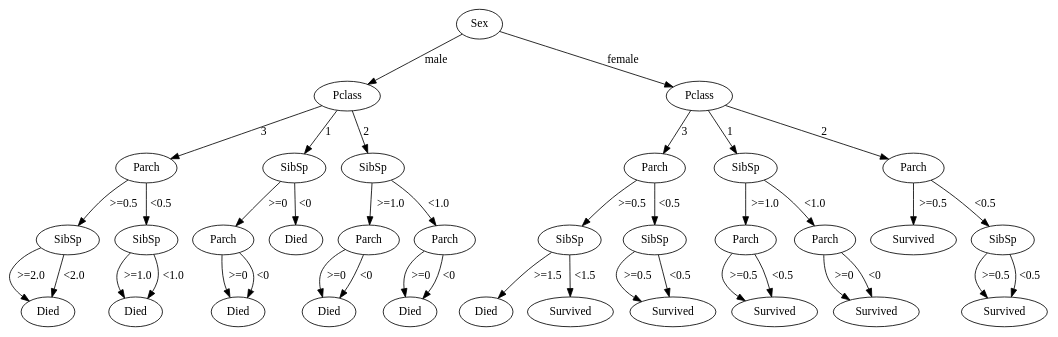
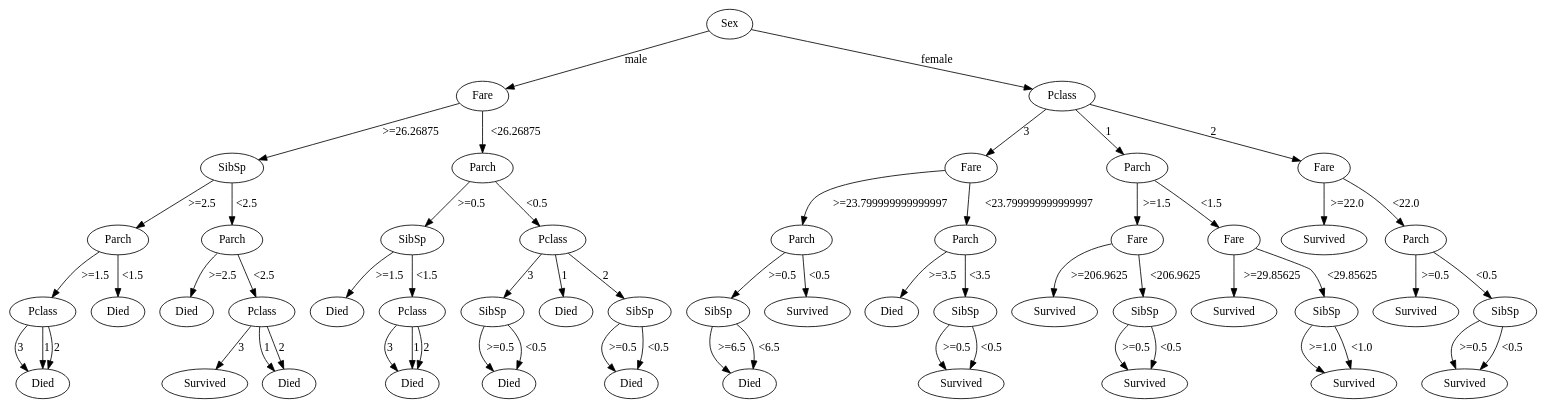
The diagram in test5.gv (Jorgro/TDT4171-Methods-in-AI), drawn with Graphviz before and after one commit. The commit also changed 5 other files, not shown here.

```diff
--- a/test5.gv
+++ b/test5.gv
@@ -1,123 +1,180 @@
 // Network
 digraph {
 	Sex0 [label=Sex]
+	Fare0 [label=Fare]
+	Sex0 -> Fare0 [label=male]
+	Fare0 [label=Fare]
+	SibSp0 [label=SibSp]
+	Fare0 -> SibSp0 [label=">=26.26875"]
+	SibSp0 [label=SibSp]
+	Parch0 [label=Parch]
+	SibSp0 -> Parch0 [label=">=2.5"]
+	Parch0 [label=Parch]
 	Pclass0 [label=Pclass]
-	Sex0 -> Pclass0 [label=male]
+	Parch0 -> Pclass0 [label=">=1.5"]
 	Pclass0 [label=Pclass]
+	04 [label=Died]
+	Pclass0 -> 04 [label=3]
+	Pclass0 [label=Pclass]
+	04 [label=Died]
+	Pclass0 -> 04 [label=1]
+	Pclass0 [label=Pclass]
+	04 [label=Died]
+	Pclass0 -> 04 [label=2]
 	Parch0 [label=Parch]
-	Pclass0 -> Parch0 [label=3]
-	Parch0 [label=Parch]
+	05 [label=Died]
+	Parch0 -> 05 [label="<1.5"]
 	SibSp0 [label=SibSp]
-	Parch0 -> SibSp0 [label=">=0.5"]
-	SibSp0 [label=SibSp]
-	03 [label=Died]
-	SibSp0 -> 03 [label=">=2.0"]
-	SibSp0 [label=SibSp]
-	03 [label=Died]
-	SibSp0 -> 03 [label="<2.0"]
-	Parch0 [label=Parch]
+	Parch1 [label=Parch]
+	SibSp0 -> Parch1 [label="<2.5"]
+	Parch1 [label=Parch]
+	07 [label=Died]
+	Parch1 -> 07 [label=">=2.5"]
+	Parch1 [label=Parch]
+	Pclass1 [label=Pclass]
+	Parch1 -> Pclass1 [label="<2.5"]
+	Pclass1 [label=Pclass]
+	18 [label=Survived]
+	Pclass1 -> 18 [label=3]
+	Pclass1 [label=Pclass]
+	08 [label=Died]
+	Pclass1 -> 08 [label=1]
+	Pclass1 [label=Pclass]
+	08 [label=Died]
+	Pclass1 -> 08 [label=2]
+	Fare0 [label=Fare]
+	Parch2 [label=Parch]
+	Fare0 -> Parch2 [label="<26.26875"]
+	Parch2 [label=Parch]
 	SibSp1 [label=SibSp]
-	Parch0 -> SibSp1 [label="<0.5"]
+	Parch2 -> SibSp1 [label=">=0.5"]
 	SibSp1 [label=SibSp]
-	05 [label=Died]
-	SibSp1 -> 05 [label=">=1.0"]
+	013 [label=Died]
+	SibSp1 -> 013 [label=">=1.5"]
 	SibSp1 [label=SibSp]
-	05 [label=Died]
-	SibSp1 -> 05 [label="<1.0"]
-	Pclass0 [label=Pclass]
+	Pclass2 [label=Pclass]
+	SibSp1 -> Pclass2 [label="<1.5"]
+	Pclass2 [label=Pclass]
+	014 [label=Died]
+	Pclass2 -> 014 [label=3]
+	Pclass2 [label=Pclass]
+	014 [label=Died]
+	Pclass2 -> 014 [label=1]
+	Pclass2 [label=Pclass]
+	014 [label=Died]
+	Pclass2 -> 014 [label=2]
+	Parch2 [label=Parch]
+	Pclass3 [label=Pclass]
+	Parch2 -> Pclass3 [label="<0.5"]
+	Pclass3 [label=Pclass]
 	SibSp2 [label=SibSp]
-	Pclass0 -> SibSp2 [label=1]
+	Pclass3 -> SibSp2 [label=3]
 	SibSp2 [label=SibSp]
-	Parch1 [label=Parch]
-	SibSp2 -> Parch1 [label=">=0"]
-	Parch1 [label=Parch]
-	09 [label=Died]
-	Parch1 -> 09 [label=">=0"]
-	Parch1 [label=Parch]
-	09 [label=Died]
-	Parch1 -> 09 [label="<0"]
+	018 [label=Died]
+	SibSp2 -> 018 [label=">=0.5"]
 	SibSp2 [label=SibSp]
-	010 [label=Died]
-	SibSp2 -> 010 [label="<0"]
-	Pclass0 [label=Pclass]
+	018 [label=Died]
+	SibSp2 -> 018 [label="<0.5"]
+	Pclass3 [label=Pclass]
+	019 [label=Died]
+	Pclass3 -> 019 [label=1]
+	Pclass3 [label=Pclass]
 	SibSp3 [label=SibSp]
-	Pclass0 -> SibSp3 [label=2]
+	Pclass3 -> SibSp3 [label=2]
 	SibSp3 [label=SibSp]
-	Parch2 [label=Parch]
-	SibSp3 -> Parch2 [label=">=1.0"]
-	Parch2 [label=Parch]
-	013 [label=Died]
-	Parch2 -> 013 [label=">=0"]
-	Parch2 [label=Parch]
-	013 [label=Died]
-	Parch2 -> 013 [label="<0"]
+	020 [label=Died]
+	SibSp3 -> 020 [label=">=0.5"]
 	SibSp3 [label=SibSp]
+	020 [label=Died]
+	SibSp3 -> 020 [label="<0.5"]
+	Sex0 [label=Sex]
+	Pclass4 [label=Pclass]
+	Sex0 -> Pclass4 [label=female]
+	Pclass4 [label=Pclass]
+	Fare1 [label=Fare]
+	Pclass4 -> Fare1 [label=3]
+	Fare1 [label=Fare]
 	Parch3 [label=Parch]
-	SibSp3 -> Parch3 [label="<1.0"]
+	Fare1 -> Parch3 [label=">=23.799999999999997"]
 	Parch3 [label=Parch]
-	015 [label=Died]
-	Parch3 -> 015 [label=">=0"]
+	SibSp4 [label=SibSp]
+	Parch3 -> SibSp4 [label=">=0.5"]
+	SibSp4 [label=SibSp]
+	028 [label=Died]
+	SibSp4 -> 028 [label=">=6.5"]
+	SibSp4 [label=SibSp]
+	028 [label=Died]
+	SibSp4 -> 028 [label="<6.5"]
 	Parch3 [label=Parch]
-	015 [label=Died]
-	Parch3 -> 015 [label="<0"]
-	Sex0 [label=Sex]
-	Pclass1 [label=Pclass]
-	Sex0 -> Pclass1 [label=female]
-	Pclass1 [label=Pclass]
+	129 [label=Survived]
+	Parch3 -> 129 [label="<0.5"]
+	Fare1 [label=Fare]
 	Parch4 [label=Parch]
-	Pclass1 -> Parch4 [label=3]
+	Fare1 -> Parch4 [label="<23.799999999999997"]
 	Parch4 [label=Parch]
-	SibSp4 [label=SibSp]
-	Parch4 -> SibSp4 [label=">=0.5"]
-	SibSp4 [label=SibSp]
-	021 [label=Died]
-	SibSp4 -> 021 [label=">=1.5"]
-	SibSp4 [label=SibSp]
-	121 [label=Survived]
-	SibSp4 -> 121 [label="<1.5"]
+	031 [label=Died]
+	Parch4 -> 031 [label=">=3.5"]
 	Parch4 [label=Parch]
 	SibSp5 [label=SibSp]
-	Parch4 -> SibSp5 [label="<0.5"]
+	Parch4 -> SibSp5 [label="<3.5"]
 	SibSp5 [label=SibSp]
-	123 [label=Survived]
-	SibSp5 -> 123 [label=">=0.5"]
+	132 [label=Survived]
+	SibSp5 -> 132 [label=">=0.5"]
 	SibSp5 [label=SibSp]
-	123 [label=Survived]
-	SibSp5 -> 123 [label="<0.5"]
-	Pclass1 [label=Pclass]
+	132 [label=Survived]
+	SibSp5 -> 132 [label="<0.5"]
+	Pclass4 [label=Pclass]
+	Parch5 [label=Parch]
+	Pclass4 -> Parch5 [label=1]
+	Parch5 [label=Parch]
+	Fare2 [label=Fare]
+	Parch5 -> Fare2 [label=">=1.5"]
+	Fare2 [label=Fare]
+	137 [label=Survived]
+	Fare2 -> 137 [label=">=206.9625"]
+	Fare2 [label=Fare]
 	SibSp6 [label=SibSp]
-	Pclass1 -> SibSp6 [label=1]
+	Fare2 -> SibSp6 [label="<206.9625"]
 	SibSp6 [label=SibSp]
+	138 [label=Survived]
+	SibSp6 -> 138 [label=">=0.5"]
+	SibSp6 [label=SibSp]
+	138 [label=Survived]
+	SibSp6 -> 138 [label="<0.5"]
 	Parch5 [label=Parch]
-	SibSp6 -> Parch5 [label=">=1.0"]
-	Parch5 [label=Parch]
-	127 [label=Survived]
-	Parch5 -> 127 [label=">=0.5"]
-	Parch5 [label=Parch]
-	127 [label=Survived]
-	Parch5 -> 127 [label="<0.5"]
-	SibSp6 [label=SibSp]
+	Fare3 [label=Fare]
+	Parch5 -> Fare3 [label="<1.5"]
+	Fare3 [label=Fare]
+	141 [label=Survived]
+	Fare3 -> 141 [label=">=29.85625"]
+	Fare3 [label=Fare]
+	SibSp7 [label=SibSp]
+	Fare3 -> SibSp7 [label="<29.85625"]
+	SibSp7 [label=SibSp]
+	142 [label=Survived]
+	SibSp7 -> 142 [label=">=1.0"]
+	SibSp7 [label=SibSp]
+	142 [label=Survived]
+	SibSp7 -> 142 [label="<1.0"]
+	Pclass4 [label=Pclass]
+	Fare4 [label=Fare]
+	Pclass4 -> Fare4 [label=2]
+	Fare4 [label=Fare]
+	146 [label=Survived]
+	Fare4 -> 146 [label=">=22.0"]
+	Fare4 [label=Fare]
 	Parch6 [label=Parch]
-	SibSp6 -> Parch6 [label="<1.0"]
+	Fare4 -> Parch6 [label="<22.0"]
 	Parch6 [label=Parch]
-	129 [label=Survived]
-	Parch6 -> 129 [label=">=0"]
+	147 [label=Survived]
+	Parch6 -> 147 [label=">=0.5"]
 	Parch6 [label=Parch]
-	129 [label=Survived]
-	Parch6 -> 129 [label="<0"]
-	Pclass1 [label=Pclass]
-	Parch7 [label=Parch]
-	Pclass1 -> Parch7 [label=2]
-	Parch7 [label=Parch]
-	132 [label=Survived]
-	Parch7 -> 132 [label=">=0.5"]
-	Parch7 [label=Parch]
-	SibSp7 [label=SibSp]
-	Parch7 -> SibSp7 [label="<0.5"]
-	SibSp7 [label=SibSp]
-	133 [label=Survived]
-	SibSp7 -> 133 [label=">=0.5"]
-	SibSp7 [label=SibSp]
-	133 [label=Survived]
-	SibSp7 -> 133 [label="<0.5"]
+	SibSp8 [label=SibSp]
+	Parch6 -> SibSp8 [label="<0.5"]
+	SibSp8 [label=SibSp]
+	148 [label=Survived]
+	SibSp8 -> 148 [label=">=0.5"]
+	SibSp8 [label=SibSp]
+	148 [label=Survived]
+	SibSp8 -> 148 [label="<0.5"]
 }
```
